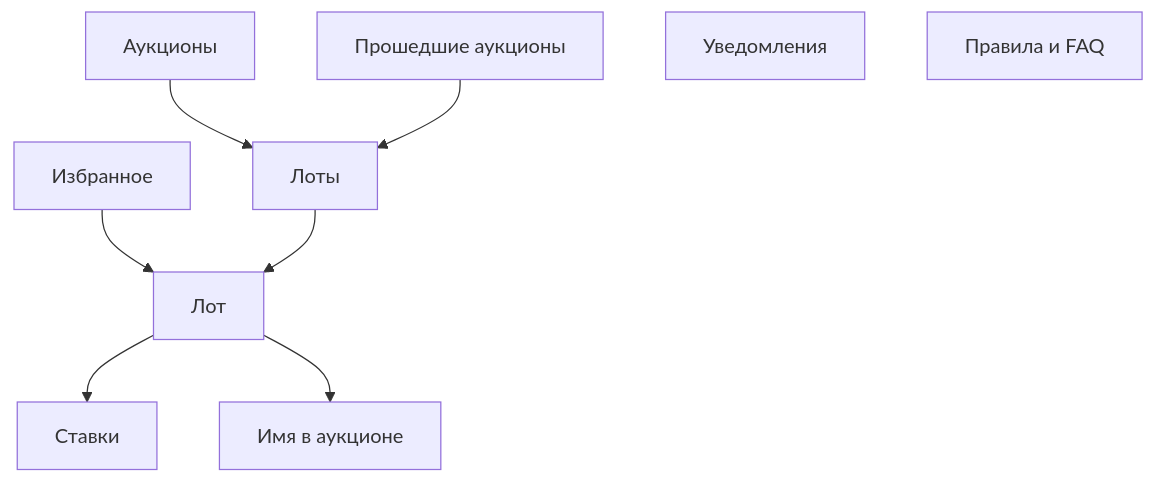
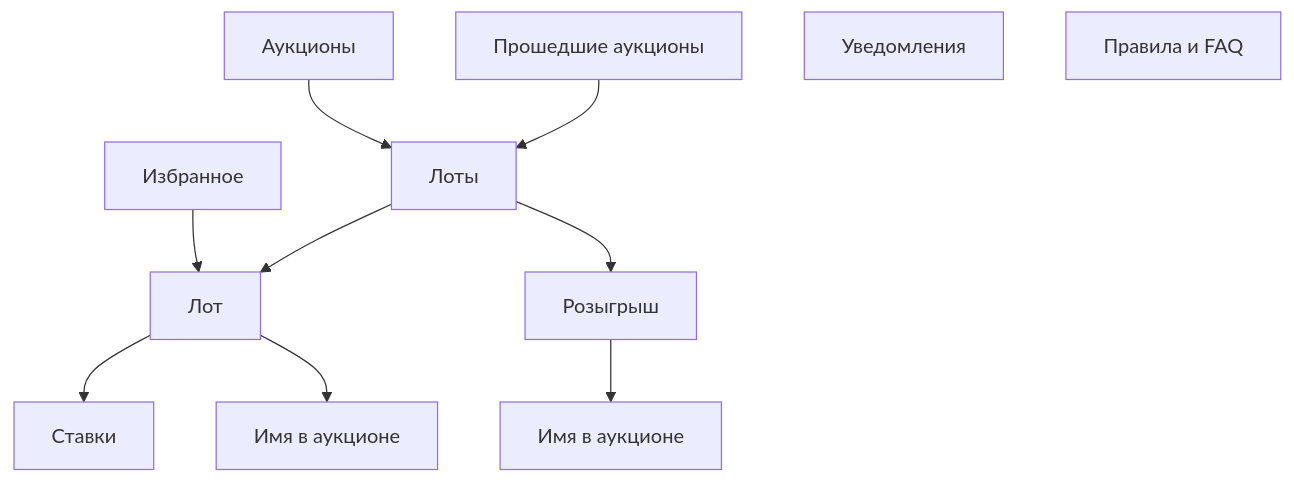
The second of 2 diagrams in docs/design/bot/design-code.md (Solguficky/solguficky-hub), drawn with Mermaid before and after one commit. The commit also changed other lines of this file and 42 other files, not shown here.

````diff
--- a/docs/design/bot/design-code.md
+++ b/docs/design/bot/design-code.md
@@ -90,14 +92,16 @@
 ```mermaid
 flowchart TD
     auctions[Аукционы]
     past[Прошедшие аукционы]
     favorites[Избранное]
     notify[Уведомления]
     faq[Правила и FAQ]
     auctions --> feed[Лоты]
     favorites --> lot
     past --> feed
     feed --> lot[Лот]
     lot --> history[Ставки]
     lot --> name[Имя в аукционе]
+    feed --> raffle[Розыгрыш]
+    raffle --> raffleName[Имя в аукционе]
 ```
````
